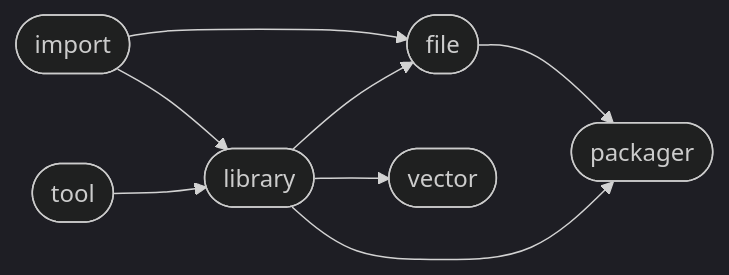
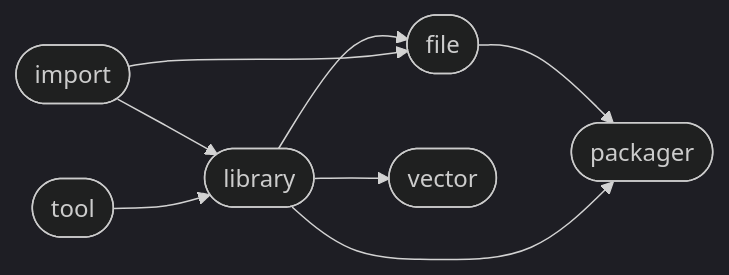
The diagram in README.md (Mandera/Mandera), drawn with Mermaid (dark theme) before and after one commit. The commit also changed other lines of this file, not shown here.

````diff
--- a/README.md
+++ b/README.md
@@ -6,16 +6,16 @@
 ```mermaid
 flowchart LR
+2([library]) --> 4([vector])
 0([import]) --> 2([library])
-0([import]) --> 3([file])
-1([tool]) --> 2([library])
 2([library]) --> 3([file])
 3([file]) --> 5([packager])
-2([library]) --> 4([vector])
+1([tool]) --> 2([library])
+0([import]) --> 3([file])
 2([library]) --> 5([packager])
 click 0 "https://github.com/ManderaGeneral/generalimport"
 click 1 "https://github.com/ManderaGeneral/generaltool"
 click 2 "https://github.com/ManderaGeneral/generallibrary"
 click 3 "https://github.com/ManderaGeneral/generalfile"
 click 4 "https://github.com/ManderaGeneral/generalvector"
 click 5 "https://github.com/ManderaGeneral/generalpackager"
 ```
````
